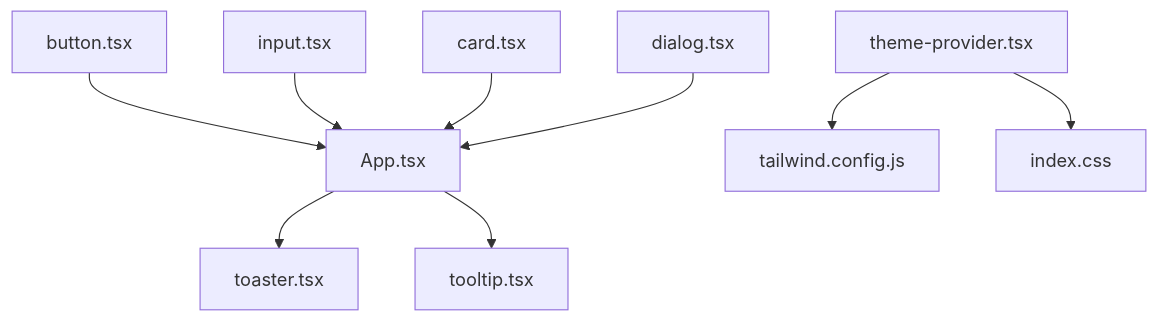
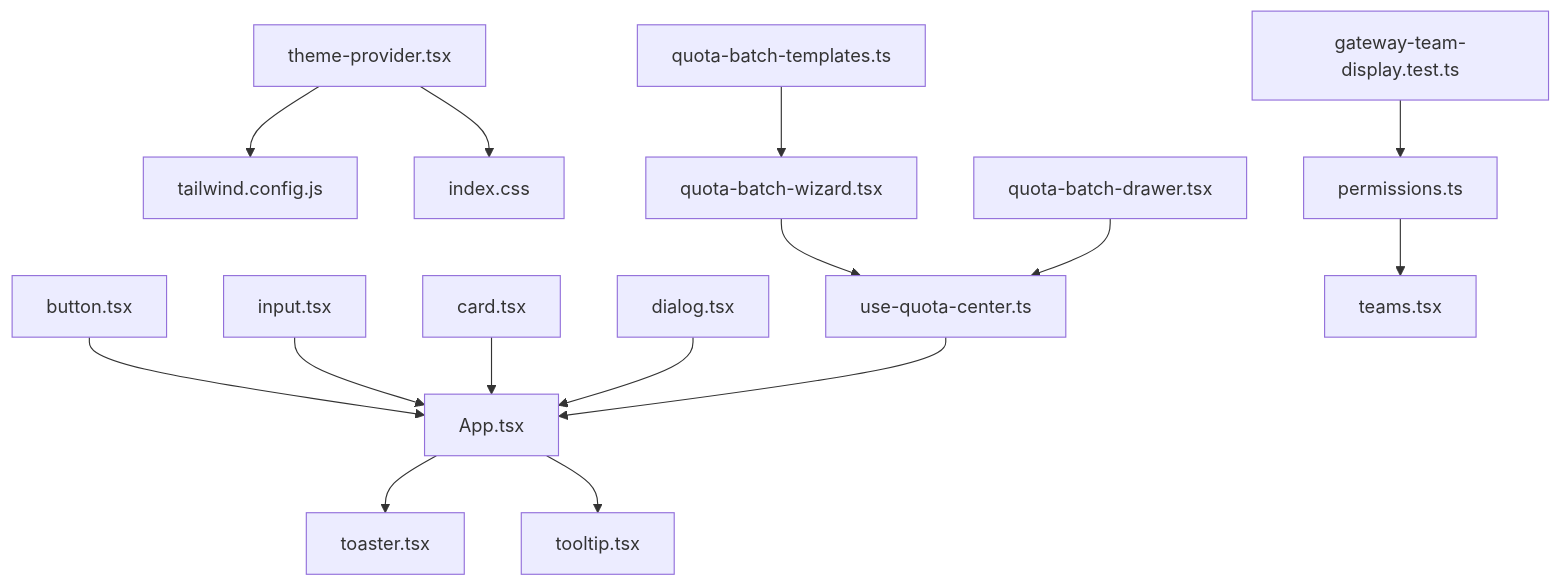
One commit to tianyehedashu/ai-agent changed diagram 12 of 12 in .qoder/repowiki/zh/content/前端应用架构/UI组件系统.md. Above: the diagram before and after it, drawn with Mermaid. The commit also changed other lines of this file and 50 other files, not shown here.

````diff
--- a/.qoder/repowiki/zh/content/前端应用架构/UI组件系统.md
+++ b/.qoder/repowiki/zh/content/前端应用架构/UI组件系统.md
@@ -533,11 +777,17 @@
 ```mermaid
 graph TB
 APP["App.tsx"] --> TOAST["toaster.tsx"]
 APP --> TT["tooltip.tsx"]
 BTN["button.tsx"] --> APP
 INP["input.tsx"] --> APP
 CARD["card.tsx"] --> APP
 DLG["dialog.tsx"] --> APP
 THEME["theme-provider.tsx"] --> TAILWIND["tailwind.config.js"]
 THEME --> CSS["index.css"]
+WIZARD["quota-batch-wizard.tsx"] --> USEQUOTA["use-quota-center.ts"]
+TEMPLATES["quota-batch-templates.ts"] --> WIZARD
+DRAWER["quota-batch-drawer.tsx"] --> USEQUOTA
+USEQUOTA --> APP
+PERMISSIONS["permissions.ts"] --> TEAMS["teams.tsx"]
+TEAMDISPLAY["gateway-team-display.test.ts"] --> PERMISSIONS
 ```
````
